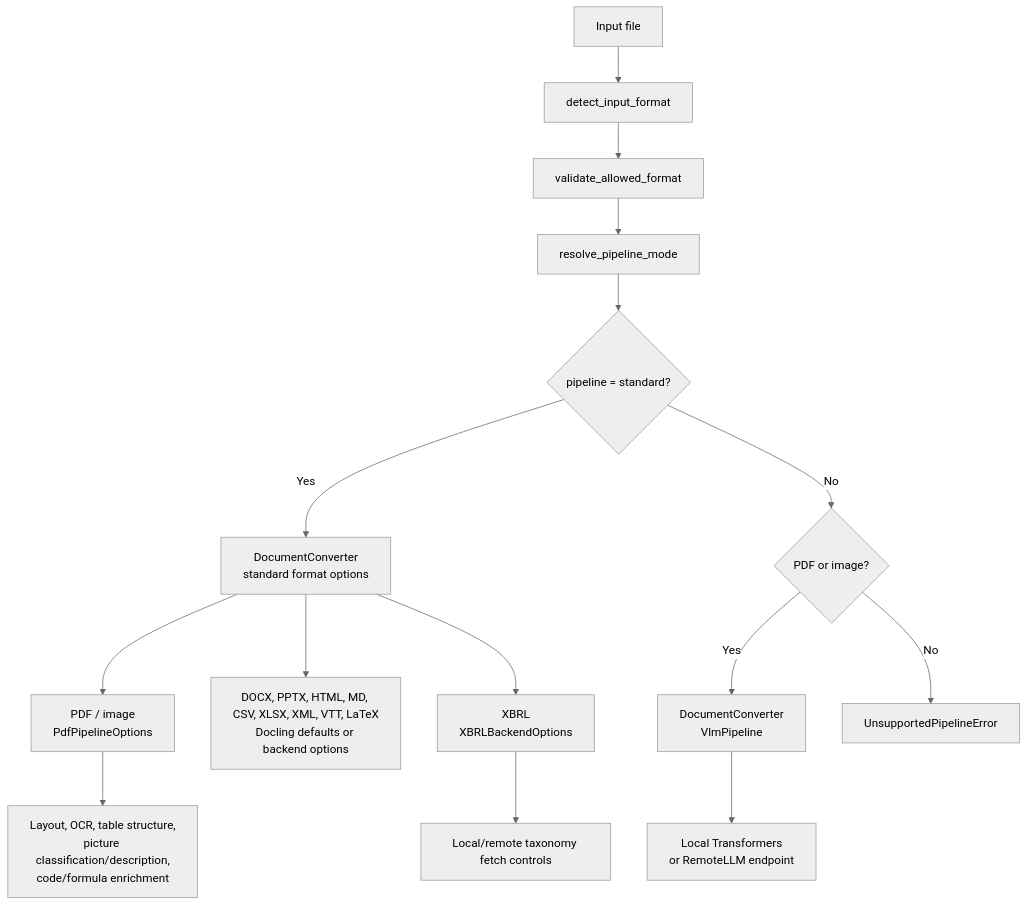
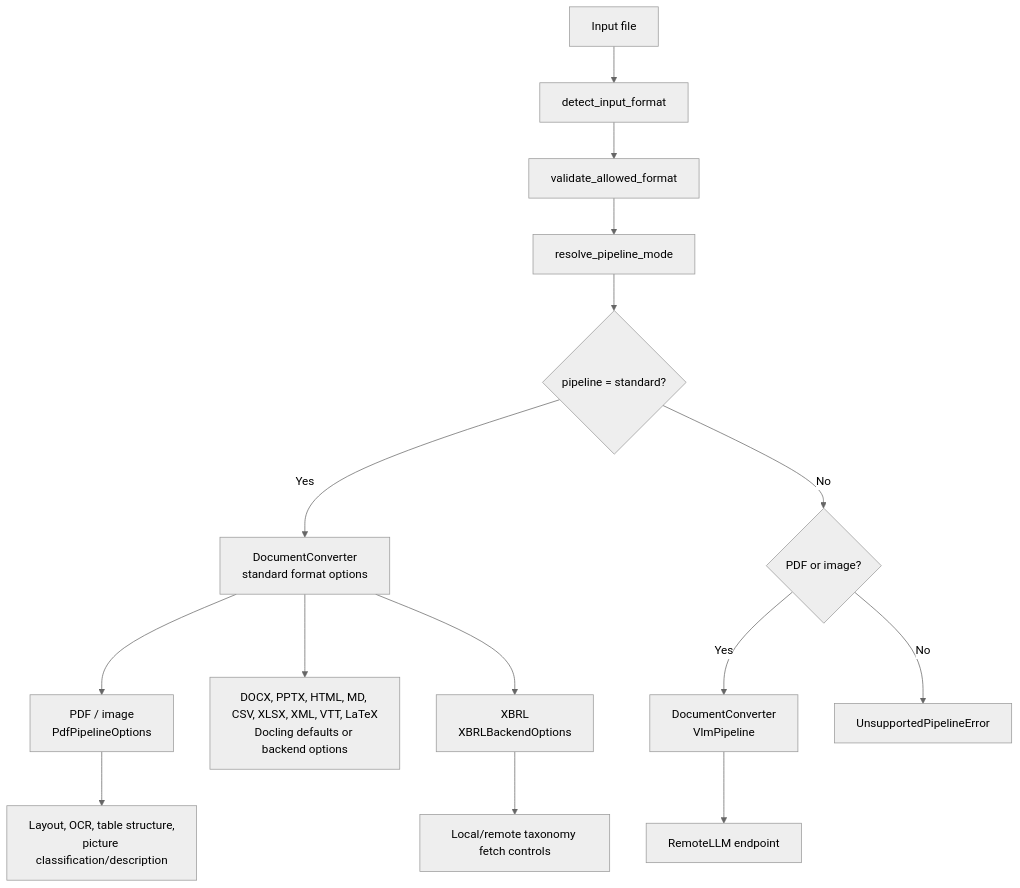
Before and after one commit to alrolo3/ingest-orquestator-service: the fifth of 7 diagrams in docs/architecture-diagram.md, drawn with Mermaid (neutral theme). The commit also changed other lines of this file and 39 other files, not shown here.

````diff
--- a/docs/architecture-diagram.md
+++ b/docs/architecture-diagram.md
@@ -170,20 +170,20 @@
 ```mermaid
 flowchart TD
     Input["Input file"] --> Detect["detect_input_format"]
     Detect --> Validate["validate_allowed_format"]
     Validate --> Resolve["resolve_pipeline_mode"]
 
     Resolve --> Standard{"pipeline = standard?"}
     Standard -->|Yes| StandardConverter["DocumentConverter<br/>standard format options"]
     Standard -->|No| VLMCheck{"PDF or image?"}
     VLMCheck -->|Yes| VLMConverter["DocumentConverter<br/>VlmPipeline"]
     VLMCheck -->|No| Error["UnsupportedPipelineError"]
 
     StandardConverter --> PdfImage["PDF / image<br/>PdfPipelineOptions"]
     StandardConverter --> Simple["DOCX, PPTX, HTML, MD, CSV, XLSX, XML, VTT, LaTeX<br/>Docling defaults or backend options"]
     StandardConverter --> XBRL["XBRL<br/>XBRLBackendOptions"]
 
-    PdfImage --> Stages["Layout, OCR, table structure,<br/>picture classification/description,<br/>code/formula enrichment"]
-    VLMConverter --> VLMRuntime["Local Transformers<br/>or RemoteLLM endpoint"]
+    PdfImage --> Stages["Layout, OCR, table structure,<br/>picture classification/description"]
+    VLMConverter --> VLMRuntime["RemoteLLM endpoint"]
     XBRL --> Taxonomy["Local/remote taxonomy fetch controls"]
 ```
````
